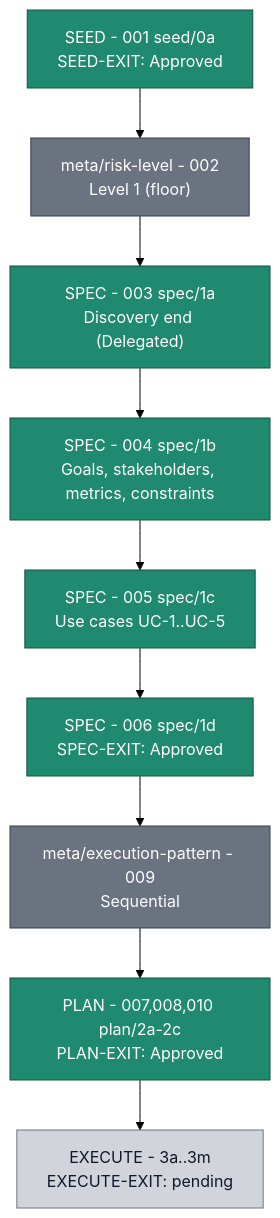
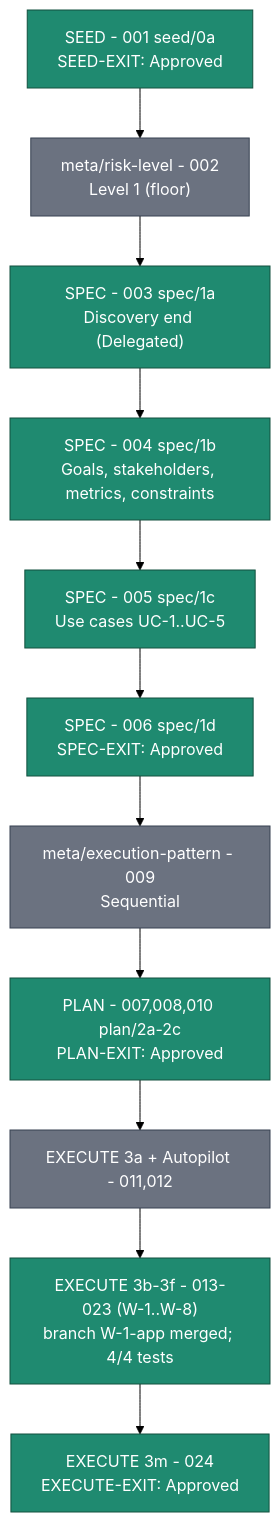
Before and after one commit to raviganesh-ai/fake-monolith: the diagram in replay-execution/R-Z7UL7V-execution-diagram.md, drawn with Mermaid (forest theme). The commit also changed other lines of this file and 3 other files, not shown here.

First line of the commit message:
3m Iteration: EXECUTE-EXIT closeout (R-Z7UL7V complete)

````diff
--- a/replay-execution/R-Z7UL7V-execution-diagram.md
+++ b/replay-execution/R-Z7UL7V-execution-diagram.md
@@ -5,18 +5,20 @@
 ```mermaid
 flowchart TD
     seed["SEED - 001 seed/0a\nSEED-EXIT: Approved"]:::done
     risk["meta/risk-level - 002\nLevel 1 (floor)"]:::meta
     spec1a["SPEC - 003 spec/1a\nDiscovery end (Delegated)"]:::done
     spec1b["SPEC - 004 spec/1b\nGoals, stakeholders, metrics, constraints"]:::done
     spec1c["SPEC - 005 spec/1c\nUse cases UC-1..UC-5"]:::done
     spec1d["SPEC - 006 spec/1d\nSPEC-EXIT: Approved"]:::done
     pattern["meta/execution-pattern - 009\nSequential"]:::meta
     plan["PLAN - 007,008,010 plan/2a-2c\nPLAN-EXIT: Approved"]:::done
-    exec["EXECUTE - 3a..3m\nEXECUTE-EXIT: pending"]:::pending
+    setup["EXECUTE 3a + Autopilot - 011,012"]:::meta
+    build["EXECUTE 3b-3f - 013-023 (W-1..W-8)\nbranch W-1-app merged; 4/4 tests"]:::done
+    exec["EXECUTE 3m - 024\nEXECUTE-EXIT: Approved"]:::done
 
-    seed --> risk --> spec1a --> spec1b --> spec1c --> spec1d --> pattern --> plan --> exec
+    seed --> risk --> spec1a --> spec1b --> spec1c --> spec1d --> pattern --> plan --> setup --> build --> exec
 
     classDef done fill:#1F8A70,color:#ffffff,stroke:#12513F;
     classDef meta fill:#6B7280,color:#ffffff,stroke:#374151;
     classDef pending fill:#D1D5DB,color:#111827,stroke:#6B7280;
 ```
````
